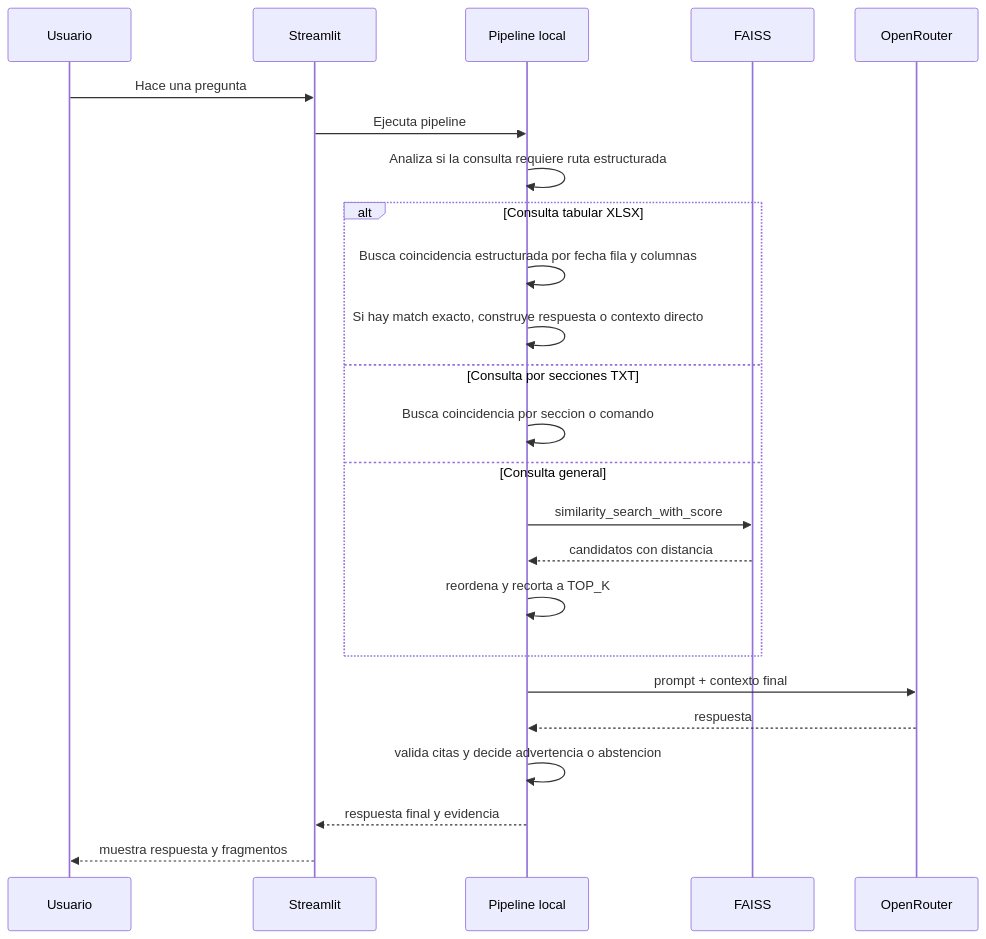
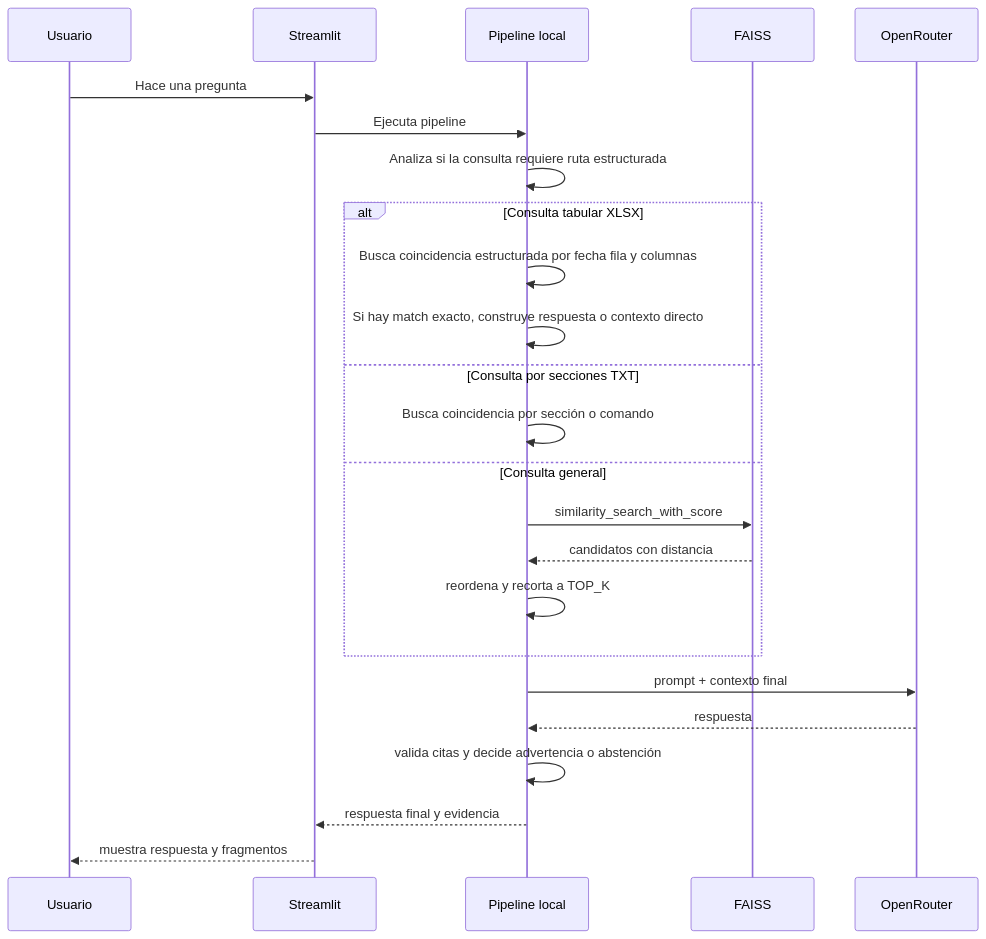
Before and after one commit to MauPos04/RAG_BIOS: the third of 4 diagrams in README2.md, drawn with Mermaid. The commit also changed other lines of this file and 1 other file, not shown here.

````diff
--- a/README2.md
+++ b/README2.md
@@ -66,27 +66,27 @@
 ```mermaid
 sequenceDiagram
     participant U as Usuario
     participant S as Streamlit
     participant P as Pipeline local
     participant F as FAISS
     participant O as OpenRouter
 
     U->>S: Hace una pregunta
     S->>P: Ejecuta pipeline
     P->>P: Analiza si la consulta requiere ruta estructurada
     alt Consulta tabular XLSX
         P->>P: Busca coincidencia estructurada por fecha fila y columnas
         P->>P: Si hay match exacto, construye respuesta o contexto directo
     else Consulta por secciones TXT
-        P->>P: Busca coincidencia por seccion o comando
+        P->>P: Busca coincidencia por sección o comando
     else Consulta general
         P->>F: similarity_search_with_score
         F-->>P: candidatos con distancia
         P->>P: reordena y recorta a TOP_K
     end
     P->>O: prompt + contexto final
     O-->>P: respuesta
-    P->>P: valida citas y decide advertencia o abstencion
+    P->>P: valida citas y decide advertencia o abstención
     P-->>S: respuesta final y evidencia
     S-->>U: muestra respuesta y fragmentos
 ```
````
